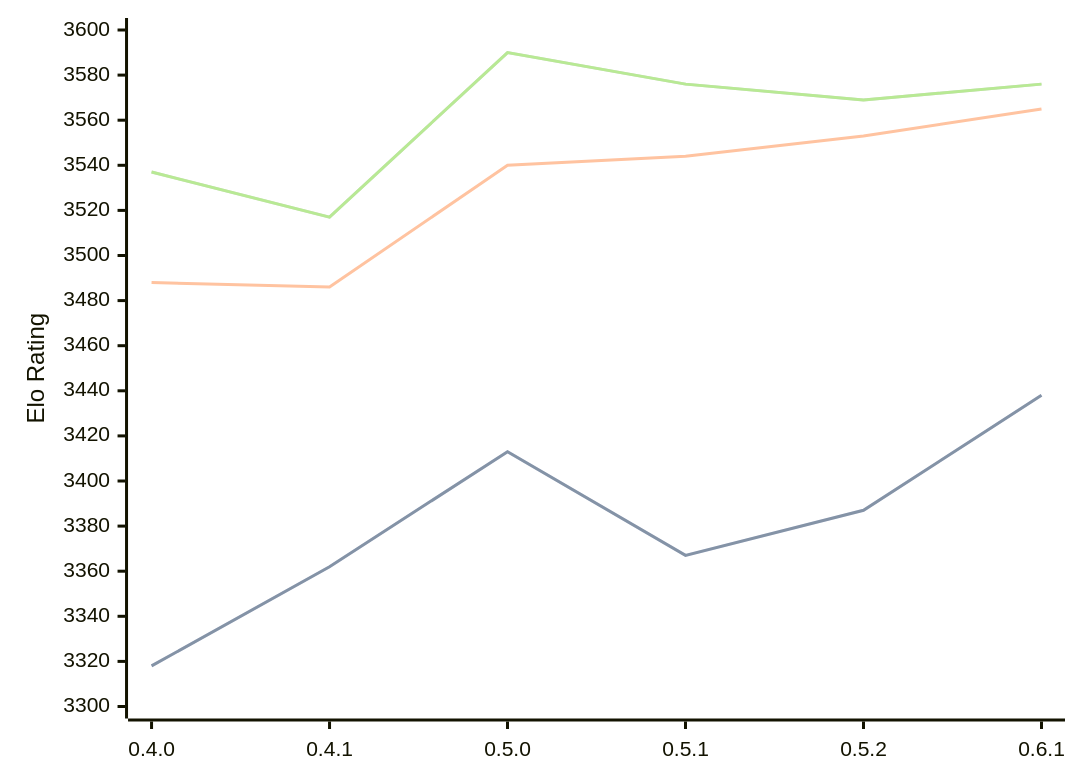
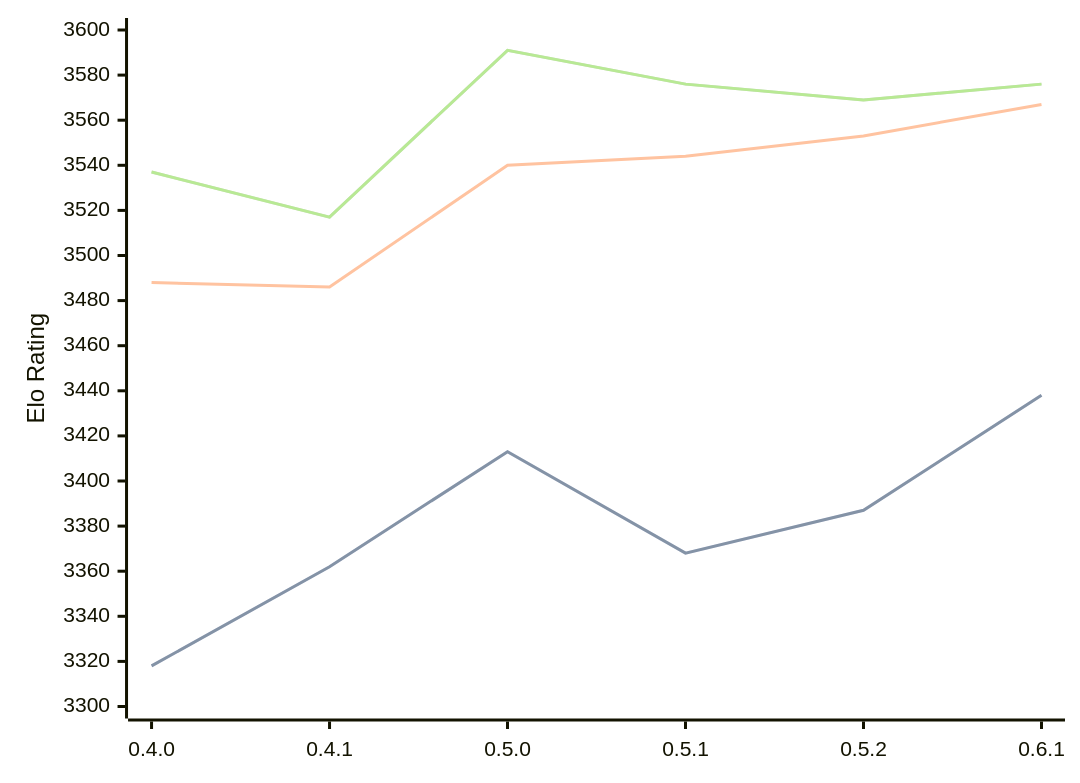
One commit to computer-chess-index/cci changed the diagram in engines/Cinder.md. Above: the diagram before and after it, drawn with Mermaid. The commit also changed other lines of this file, not shown here.

Commit message:
Update CCI Ratings (ELO VLTC) - 2026-09-26

````diff
--- a/engines/Cinder.md
+++ b/engines/Cinder.md
@@ -37,11 +37,11 @@
 ```mermaid
 %%{init: {"theme":"base","themeVariables":{"seriesColors:['#a3a3a3','#222221','#faa371']}}}%%
 xychart-beta
   x-axis ["0.4.0", "0.4.1", "0.5.0", "0.5.1", "0.5.2", "0.6.1"]
   y-axis "Elo Rating" 3300 --> 3600
-  line "" [3318, 3362, 3413, 3367, 3387, 3438]
-  line "STC (8.0+0.08s)" [3318, 3362, 3413, 3367, 3387, 3438]
-  line "LTC (60.0+0.60s)" [3488, 3486, 3540, 3544, 3553, 3565]
-  line "" [3537, 3517, 3590, 3576, 3569, 3576]
-  line "VLTC (2m24s+1.12s)" [3537, 3517, 3590, 3576, 3569, 3576]
+  line "" [3318, 3362, 3413, 3368, 3387, 3438]
+  line "STC (8.0+0.08s)" [3318, 3362, 3413, 3368, 3387, 3438]
+  line "LTC (60.0+0.60s)" [3488, 3486, 3540, 3544, 3553, 3567]
+  line "" [3537, 3517, 3591, 3576, 3569, 3576]
+  line "VLTC (2m24s+1.12s)" [3537, 3517, 3591, 3576, 3569, 3576]
 ```
````
